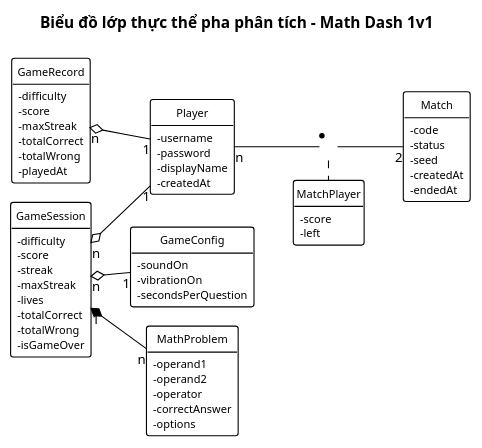
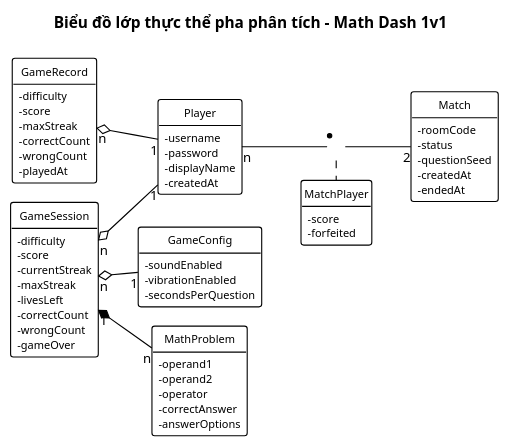
The diagram in docs/chung/lop-thuc-the-phan-tich.puml (HungNguyenBa1811/math-dash), drawn with PlantUML before and after one commit. The commit also changed 4 other files, not shown here.

First line of the commit message:
docs(M1-02): đổi tên thuộc tính rõ nghĩa (forfeited, roomCode, questionSeed, correctCount...), thêm bảng ý nghĩa thuộc tính

```diff
--- a/docs/chung/lop-thuc-the-phan-tich.puml
+++ b/docs/chung/lop-thuc-the-phan-tich.puml
@@ -1,81 +1,81 @@
 @startuml lop-thuc-the-phan-tich
 !pragma layout smetana
 ' === VP Base Theme v2 ===
 skinparam defaultFontName "Segoe UI"
 skinparam defaultFontSize 12
 skinparam shadowing false
 skinparam arrowColor #000000
 skinparam lineColor #000000
 hide circle
 hide empty members
 skinparam classAttributeIconSize 0
 skinparam class {
   BackgroundColor #FFFFFF
   BorderColor #000000
   FontColor #000000
   FontSize 11
   AttributeFontSize 10
   BorderThickness 1
 }
 left to right direction
 title Biểu đồ lớp thực thể pha phân tích – Math Dash 1v1
 
 class Player {
   - username
   - password
   - displayName
   - createdAt
 }
 class GameConfig {
-  - soundOn
-  - vibrationOn
+  - soundEnabled
+  - vibrationEnabled
   - secondsPerQuestion
 }
 class MathProblem {
   - operand1
   - operand2
   - operator
   - correctAnswer
-  - options
+  - answerOptions
 }
 class GameSession {
   - difficulty
   - score
-  - streak
+  - currentStreak
   - maxStreak
-  - lives
-  - totalCorrect
-  - totalWrong
-  - isGameOver
+  - livesLeft
+  - correctCount
+  - wrongCount
+  - gameOver
 }
 class GameRecord {
   - difficulty
   - score
   - maxStreak
-  - totalCorrect
-  - totalWrong
+  - correctCount
+  - wrongCount
   - playedAt
 }
 class Match {
-  - code
+  - roomCode
   - status
-  - seed
+  - questionSeed
   - createdAt
   - endedAt
 }
 class MatchPlayer {
   - score
-  - left
+  - forfeited
 }
 
 ' Thông tin A nằm trong B: hình thoi rỗng đặt ở B
 GameSession "n" o-- "1" Player
 GameRecord "n" o-- "1" Player
 GameSession "n" o-- "1" GameConfig
 ' Câu hỏi chỉ tồn tại trong ván chơi: hình thoi đặc
 GameSession "1" *-- "n" MathProblem
 
 ' Quan hệ n-n Người chơi – Trận đấu (mỗi trận đúng 2 người), lớp liên kết MatchPlayer
 Player "n" -- "2" Match
 (Player, Match) .. MatchPlayer
 @enduml
```
